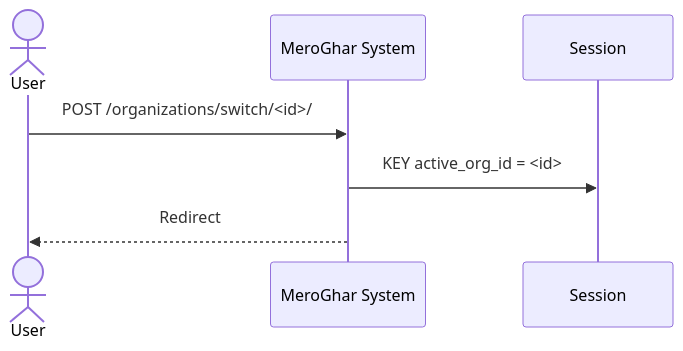
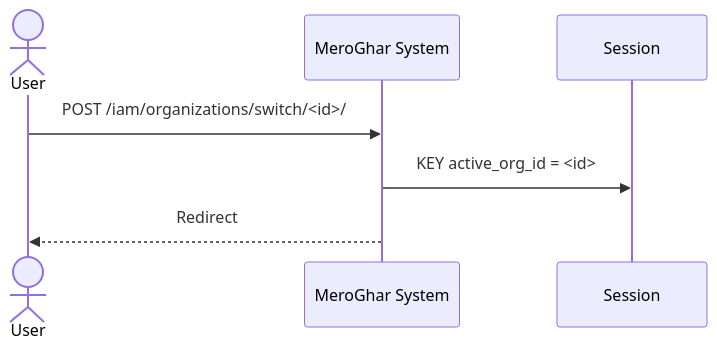
Before and after one commit to 0Ankit0/meroghar: the second of 4 diagrams in docs/workflows/organization.md, drawn with Mermaid. The commit also changed other lines of this file and 10 other files, not shown here.

````diff
--- a/docs/workflows/organization.md
+++ b/docs/workflows/organization.md
@@ -35,10 +35,10 @@
 ```mermaid
 sequenceDiagram
     actor User as User
     participant System as MeroGhar System
     participant Session as Session
 
-    User->>System: POST /organizations/switch/<id>/
+    User->>System: POST /iam/organizations/switch/<id>/
     System->>Session: KEY active_org_id = <id>
     System-->>User: Redirect
 ```
````
